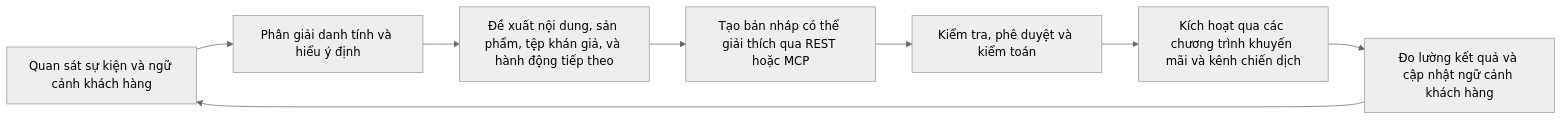
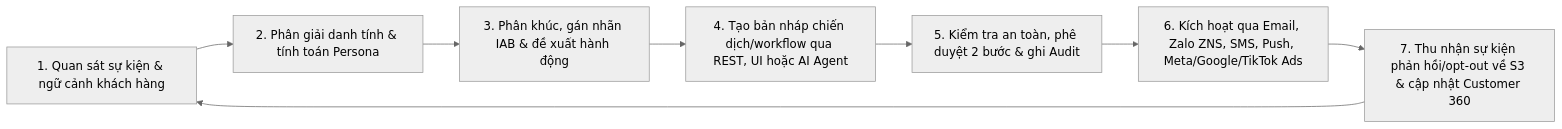
The first of 2 diagrams in README-vn.md (LEO-CDP/leo-customer360), drawn with Mermaid (neutral theme) before and after one commit. The commit also changed other lines of this file and 36 other files, not shown here.

````diff
--- a/README-vn.md
+++ b/README-vn.md
@@ -13,11 +17,10 @@
 ```mermaid
 flowchart LR
-    Observe[Quan sát sự kiện và ngữ cảnh khách hàng] --> Understand[Phân giải danh tính và hiểu ý định]
-    Understand --> Recommend[Đề xuất nội dung, sản phẩm, tệp khán giả, và hành động tiếp theo]
-    Recommend --> Create[Tạo bản nháp có thể giải thích qua REST hoặc MCP]
-    Create --> Govern[Kiểm tra, phê duyệt và kiểm toán]
-    Govern --> Activate[Kích hoạt qua các chương trình khuyến mãi và kênh chiến dịch]
-    Activate --> Learn[Đo lường kết quả và cập nhật ngữ cảnh khách hàng]
+    Observe[1. Quan sát sự kiện & ngữ cảnh khách hàng] --> Understand[2. Phân giải danh tính & tính toán Persona]
+    Understand --> Recommend[3. Phân khúc, gán nhãn IAB & đề xuất hành động]
+    Recommend --> Create[4. Tạo bản nháp chiến dịch/workflow qua REST, UI hoặc AI Agent]
+    Create --> Govern[5. Kiểm tra an toàn, phê duyệt 2 bước & ghi Audit]
+    Govern --> Activate[6. Kích hoạt qua Email, Zalo ZNS, SMS, Push, Meta/Google/TikTok Ads]
+    Activate --> Learn[7. Thu nhận sự kiện phản hồi/opt-out về S3 & cập nhật Customer 360]
     Learn --> Observe
-
 ```
````
